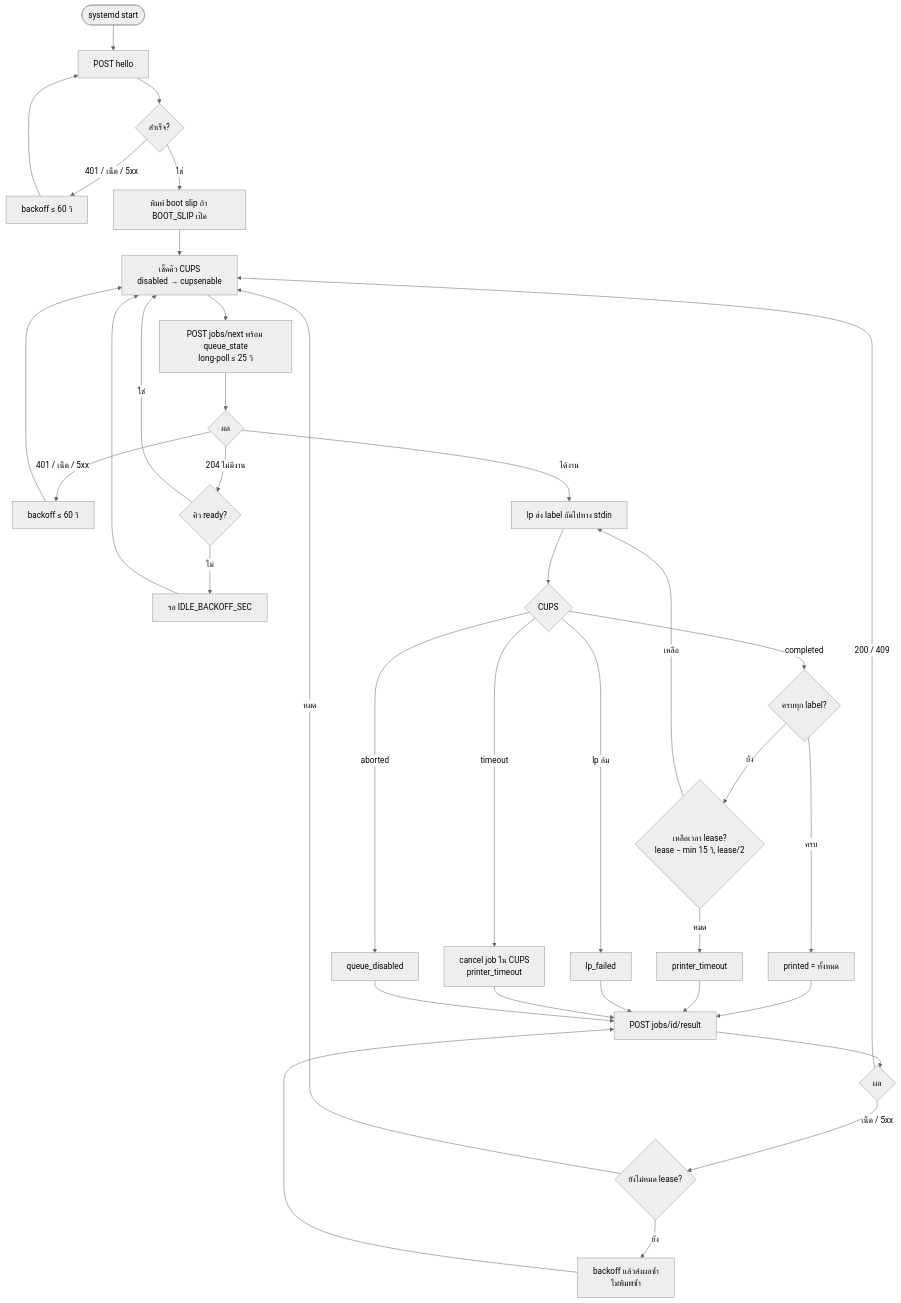
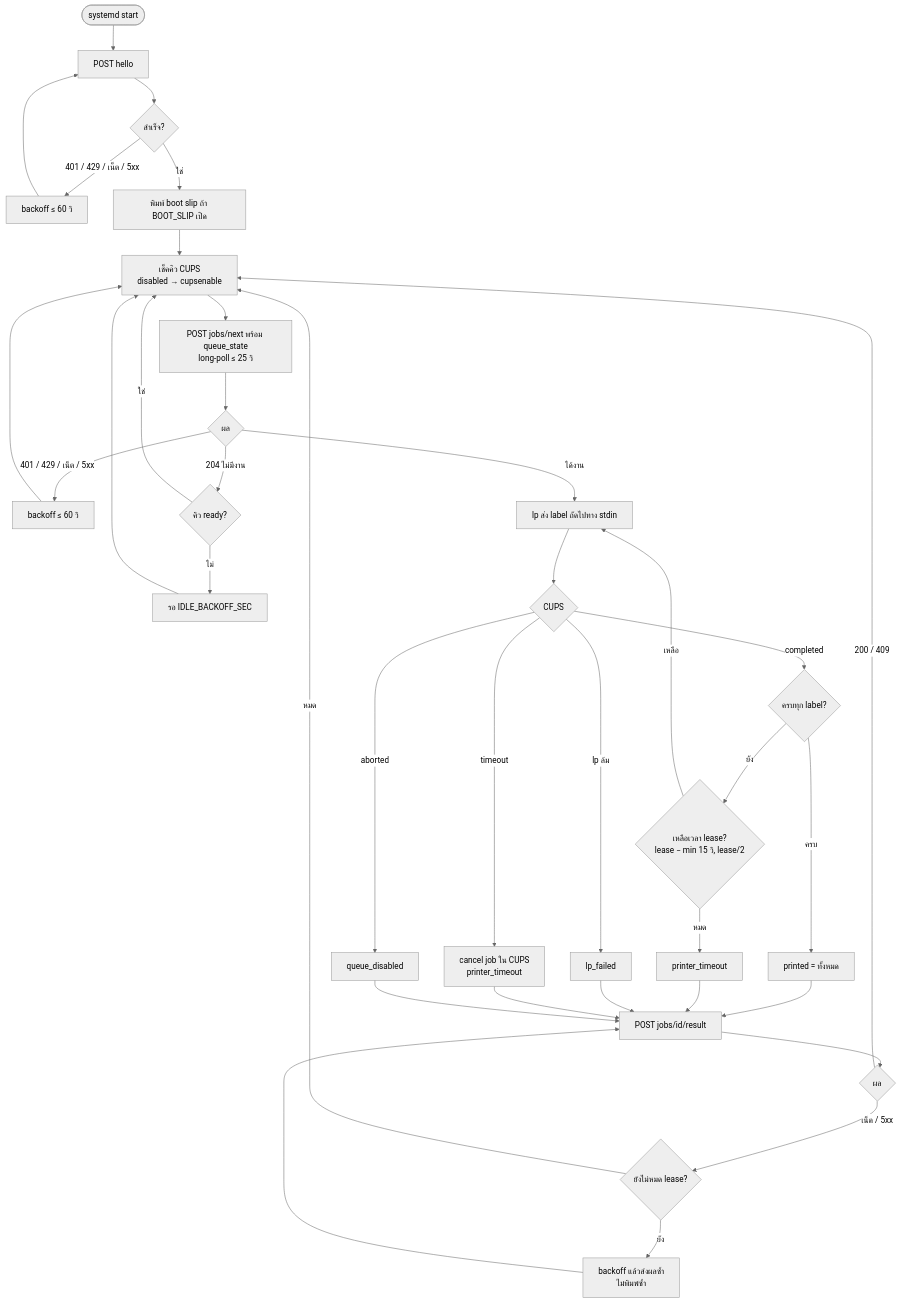
Before and after one commit to r202-coe-psu/tent: the fifth of 7 diagrams in docs/changes/draft-print-server.md, drawn with Mermaid (neutral theme). The commit also changed other lines of this file, not shown here.

````diff
--- a/docs/changes/draft-print-server.md
+++ b/docs/changes/draft-print-server.md
@@ -206,34 +285,34 @@
 ```mermaid
 flowchart TD
     S([systemd start]) --> H[POST hello]
     H --> H1{สำเร็จ?}
-    H1 -- 401 / เน็ต / 5xx --> HB[backoff ≤ 60 วิ] --> H
+    H1 -- 401 / 429 / เน็ต / 5xx --> HB[backoff ≤ 60 วิ] --> H
     H1 -- ใช่ --> BS[พิมพ์ boot slip ถ้า BOOT_SLIP เปิด]
     BS --> Q[เช็คคิว CUPS<br/>disabled → cupsenable]
     Q --> N[POST jobs/next พร้อม queue_state<br/>long-poll ≤ 25 วิ]
     N --> N1{ผล}
-    N1 -- 401 / เน็ต / 5xx --> NB[backoff ≤ 60 วิ] --> Q
+    N1 -- 401 / 429 / เน็ต / 5xx --> NB[backoff ≤ 60 วิ] --> Q
     N1 -- 204 ไม่มีงาน --> N2{คิว ready?}
     N2 -- ใช่ --> Q
     N2 -- ไม่ --> NI[รอ IDLE_BACKOFF_SEC] --> Q
     N1 -- ได้งาน --> P[lp ส่ง label ถัดไปทาง stdin]
     P --> P1{CUPS}
     P1 -- completed --> P2{ครบทุก label?}
     P2 -- ยัง --> PD{เหลือเวลา lease?<br/>lease − min 15 วิ, lease/2}
     PD -- เหลือ --> P
     PD -- หมด --> E1[printer_timeout]
     P2 -- ครบ --> OK[printed = ทั้งหมด]
     P1 -- lp ล้ม --> E2[lp_failed]
     P1 -- timeout --> E3[cancel job ใน CUPS<br/>printer_timeout]
     P1 -- aborted --> E4[queue_disabled]
     OK --> R[POST jobs/id/result]
     E1 --> R
     E2 --> R
     E3 --> R
     E4 --> R
     R --> R1{ผล}
     R1 -- 200 / 409 --> Q
     R1 -- เน็ต / 5xx --> R2{ยังไม่หมด lease?}
     R2 -- ยัง --> RB[backoff แล้วส่งผลซ้ำ<br/>ไม่พิมพ์ซ้ำ] --> R
     R2 -- หมด --> Q
 ```
````
